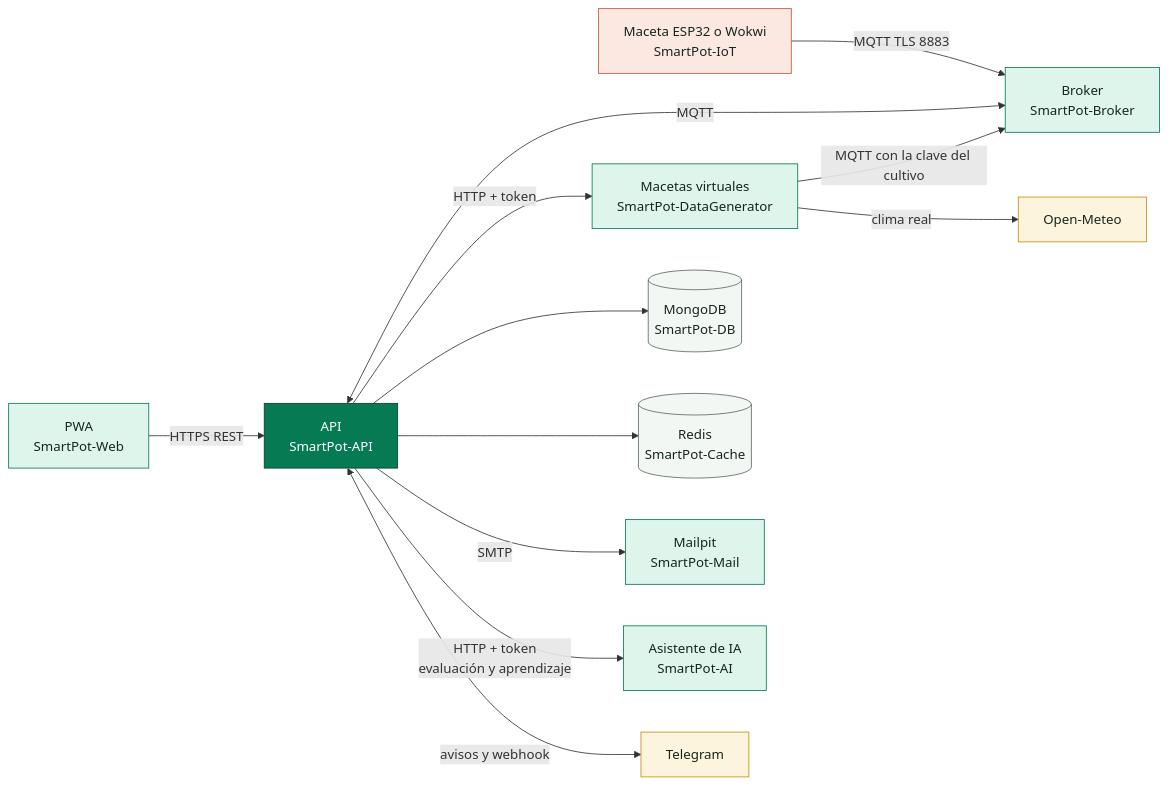
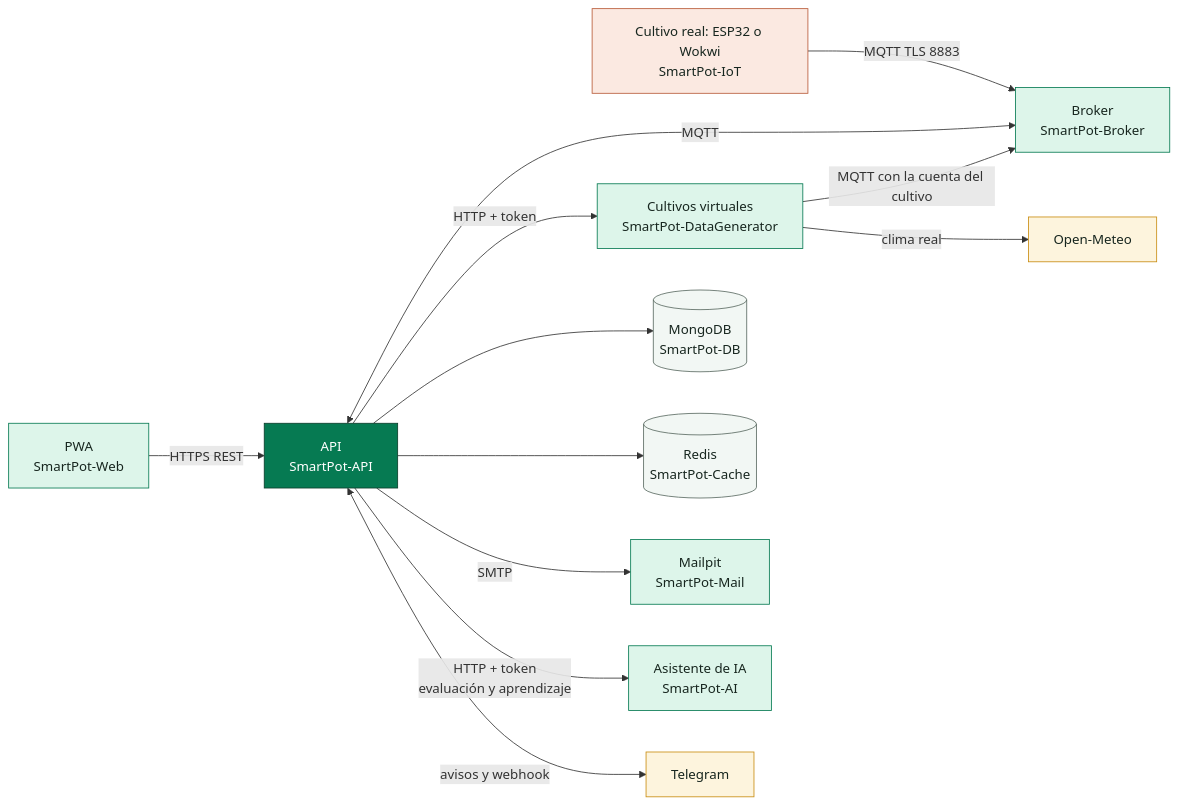
The diagram in README.md (SmartPotTech/.github), drawn with Mermaid before and after one commit. The commit also changed other lines of this file, not shown here.

Commit message:
Explain real and virtual crops in the platform README

````diff
--- a/README.md
+++ b/README.md
@@ -35,24 +35,24 @@
 ```mermaid
 flowchart LR
-  M[Maceta ESP32 o Wokwi<br>SmartPot-IoT] -->|MQTT TLS 8883| B[Broker<br>SmartPot-Broker]
-  S[Macetas virtuales<br>SmartPot-DataGenerator] -->|MQTT con la clave del cultivo| B
+  M[Cultivo real: ESP32 o Wokwi<br>SmartPot-IoT] -->|MQTT TLS 8883| B[Broker<br>SmartPot-Broker]
+  S[Cultivos virtuales<br>SmartPot-DataGenerator] -->|MQTT con la cuenta del cultivo| B
   S -->|clima real| O[Open-Meteo]
   U[PWA<br>SmartPot-Web] -->|HTTPS REST| A[API<br>SmartPot-API]
   A <-->|MQTT| B
   A -->|HTTP + token| S
   A --> D[(MongoDB<br>SmartPot-DB)]
   A --> C[(Redis<br>SmartPot-Cache)]
   A -->|SMTP| E[Mailpit<br>SmartPot-Mail]
   A -->|HTTP + token<br>evaluación y aprendizaje| I[Asistente de IA<br>SmartPot-AI]
   A <-->|avisos y webhook| T[Telegram]
   classDef platform fill:#DDF5EA,stroke:#067A52,color:#17261F
   classDef device fill:#FBE9E1,stroke:#B85A38,color:#17261F
   classDef store fill:#F2F7F4,stroke:#5B6B63,color:#17261F
   classDef external fill:#FDF4DD,stroke:#C98D12,color:#17261F
   classDef core fill:#067A52,stroke:#0B3D2B,color:#FFFFFF
   class A core
   class B,U,I,E,S platform
   class M device
   class D,C store
   class O,T external
 ```
````
